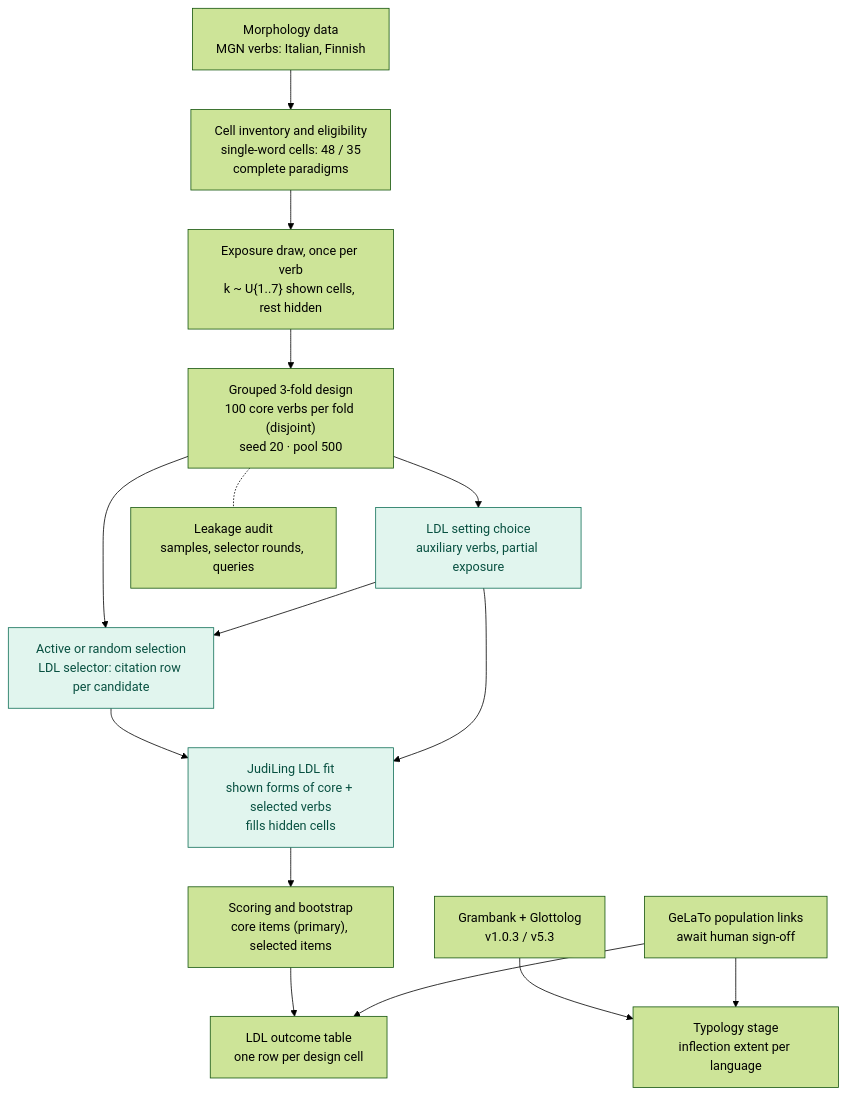
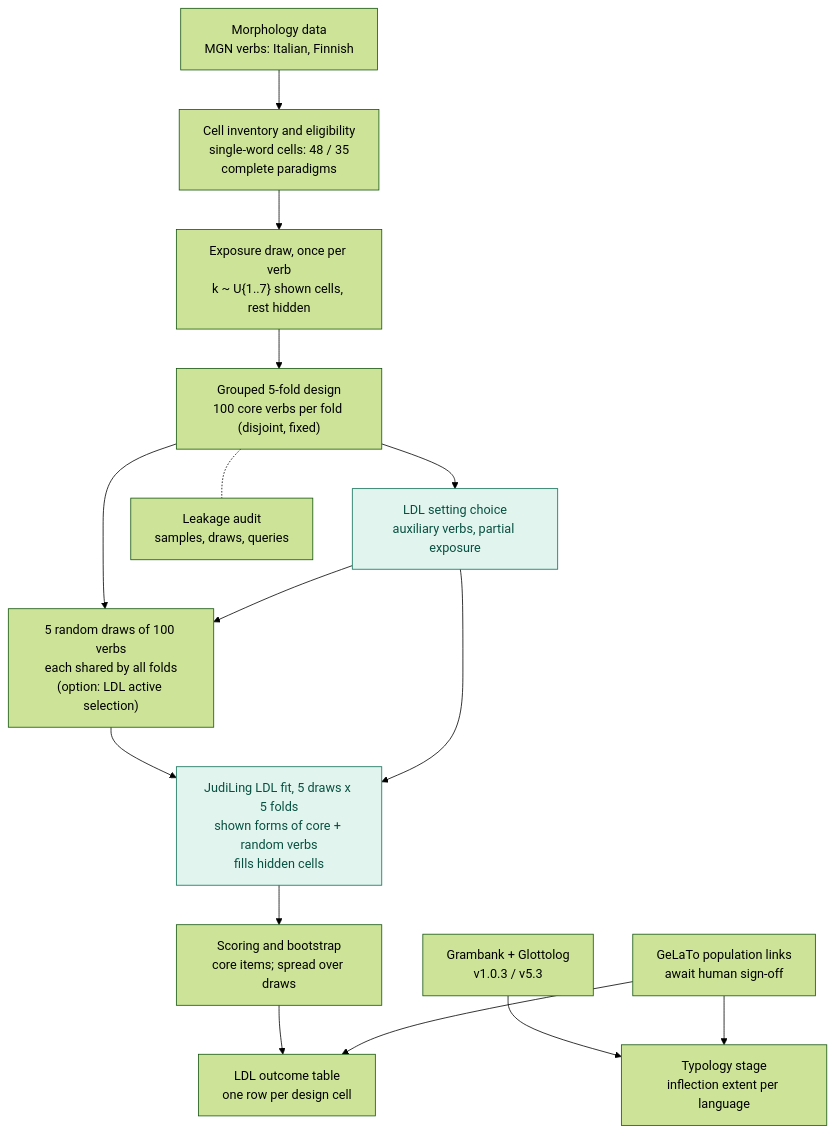
The diagram in docs/PIPELINE_OVERVIEW.md (acraevschi/study_3), drawn with Mermaid (forest theme) before and after one commit. The commit also changed other lines of this file and 28 other files, not shown here.

````diff
--- a/docs/PIPELINE_OVERVIEW.md
+++ b/docs/PIPELINE_OVERVIEW.md
@@ -8,27 +9,27 @@
 ```mermaid
 flowchart TD
     data["Morphology data<br/>MGN verbs: Italian, Finnish"]
     cells["Cell inventory and eligibility<br/>single-word cells: 48 / 35<br/>complete paradigms"]
     expo["Exposure draw, once per verb<br/>k ~ U{1..7} shown cells, rest hidden"]
-    cv["Grouped 3-fold design<br/>100 core verbs per fold (disjoint)<br/>seed 20 · pool 500"]
+    cv["Grouped 5-fold design<br/>100 core verbs per fold (disjoint, fixed)"]
     tune["LDL setting choice<br/>auxiliary verbs, partial exposure"]
-    sel["Active or random selection<br/>LDL selector: citation row per candidate"]
-    audit["Leakage audit<br/>samples, selector rounds, queries"]
-    ldl["JudiLing LDL fit<br/>shown forms of core + selected verbs<br/>fills hidden cells"]
-    score["Scoring and bootstrap<br/>core items (primary), selected items"]
+    sel["5 random draws of 100 verbs<br/>each shared by all folds<br/>(option: LDL active selection)"]
+    audit["Leakage audit<br/>samples, draws, queries"]
+    ldl["JudiLing LDL fit, 5 draws x 5 folds<br/>shown forms of core + random verbs<br/>fills hidden cells"]
+    score["Scoring and bootstrap<br/>core items; spread over draws"]
     out["LDL outcome table<br/>one row per design cell"]
     gb["Grambank + Glottolog<br/>v1.0.3 / v5.3"]
     typ["Typology stage<br/>inflection extent per language"]
     gelato["GeLaTo population links<br/>await human sign-off"]
 
     data --> cells --> expo --> cv --> sel --> ldl --> score --> out
     cv --> tune --> sel
     tune --> ldl
     cv -.- audit
     gb --> typ
     gelato --> out
     gelato --> typ
 
     classDef fitted fill:#E1F5EE,stroke:#0F6E56,color:#085041
-    class tune,sel,ldl fitted
+    class tune,ldl fitted
 ```
````
